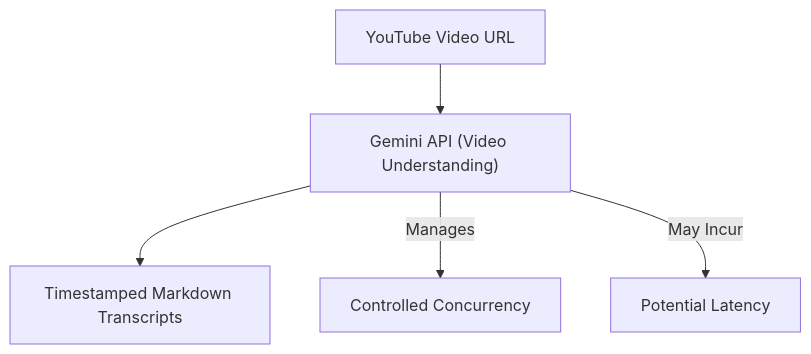
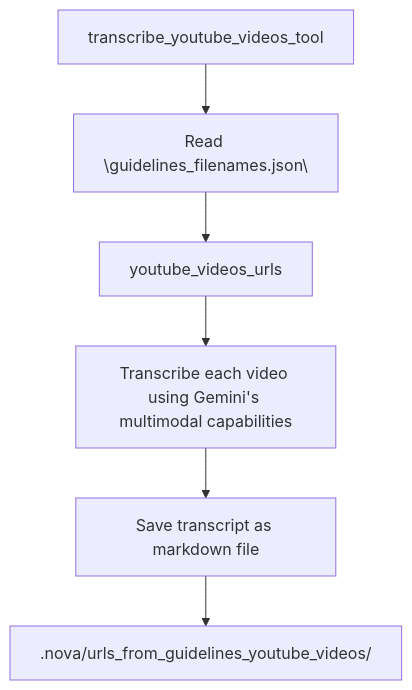
The sixth of 8 diagrams in lessons/17_data_ingestion/article.md (shoaibkhanz/agentic-ai-engineering-course), drawn with Mermaid before and after one commit. The commit also changed other lines of this file and 8 other files, not shown here.

Commit message:
feat: add guidelines and articles of L18 and L19; fix 'local_file_paths' bug in process local files tool

````diff
--- a/lessons/17_data_ingestion/article.md
+++ b/lessons/17_data_ingestion/article.md
@@ -198,7 +499,8 @@
 ```mermaid
 graph TD
-    A["YouTube Video URL"] --> B["Gemini API (Video Understanding)"]
-    B --> C["Timestamped Markdown Transcripts"]
-    B -- "Manages" --> D["Controlled Concurrency"]
-    B -- "May Incur" --> E["Potential Latency"]
+    A["transcribe_youtube_videos_tool"] --> B["Read \"guidelines_filenames.json\""]
+    B --> C["youtube_videos_urls"]
+    C --> D["Transcribe each video using Gemini's multimodal capabilities"]
+    D --> E["Save transcript as markdown file"]
+    E --> F[".nova/urls_from_guidelines_youtube_videos/"]
 ```
````
